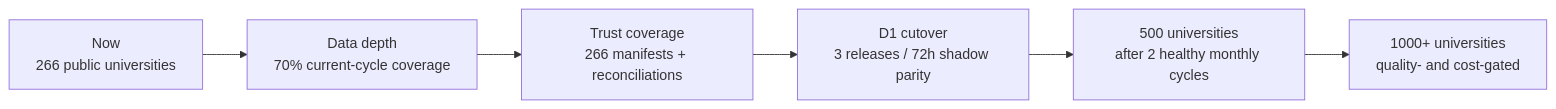
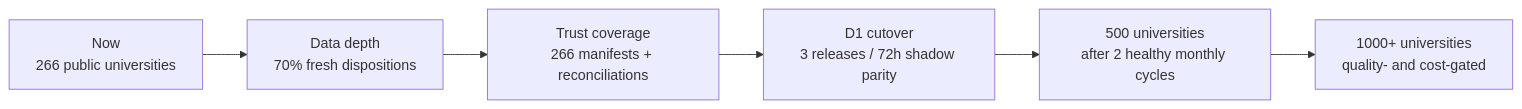
One commit to computersciencefreshmen/StudyInChina changed the second of 2 diagrams in README.md. Above: the diagram before and after it, drawn with Mermaid. The commit also changed other lines of this file and 2 other files, not shown here.

Commit message:
Roll expired fee references to stale

````diff
--- a/README.md
+++ b/README.md
@@ -291,8 +291,8 @@
 ```mermaid
 flowchart LR
-    N["Now<br/>266 public universities"] --> D["Data depth<br/>70% current-cycle coverage"]
+    N["Now<br/>266 public universities"] --> D["Data depth<br/>70% fresh dispositions"]
     D --> T["Trust coverage<br/>266 manifests + reconciliations"]
     T --> C["D1 cutover<br/>3 releases / 72h shadow parity"]
     C --> F["500 universities<br/>after 2 healthy monthly cycles"]
     F --> K["1000+ universities<br/>quality- and cost-gated"]
 ```
````
